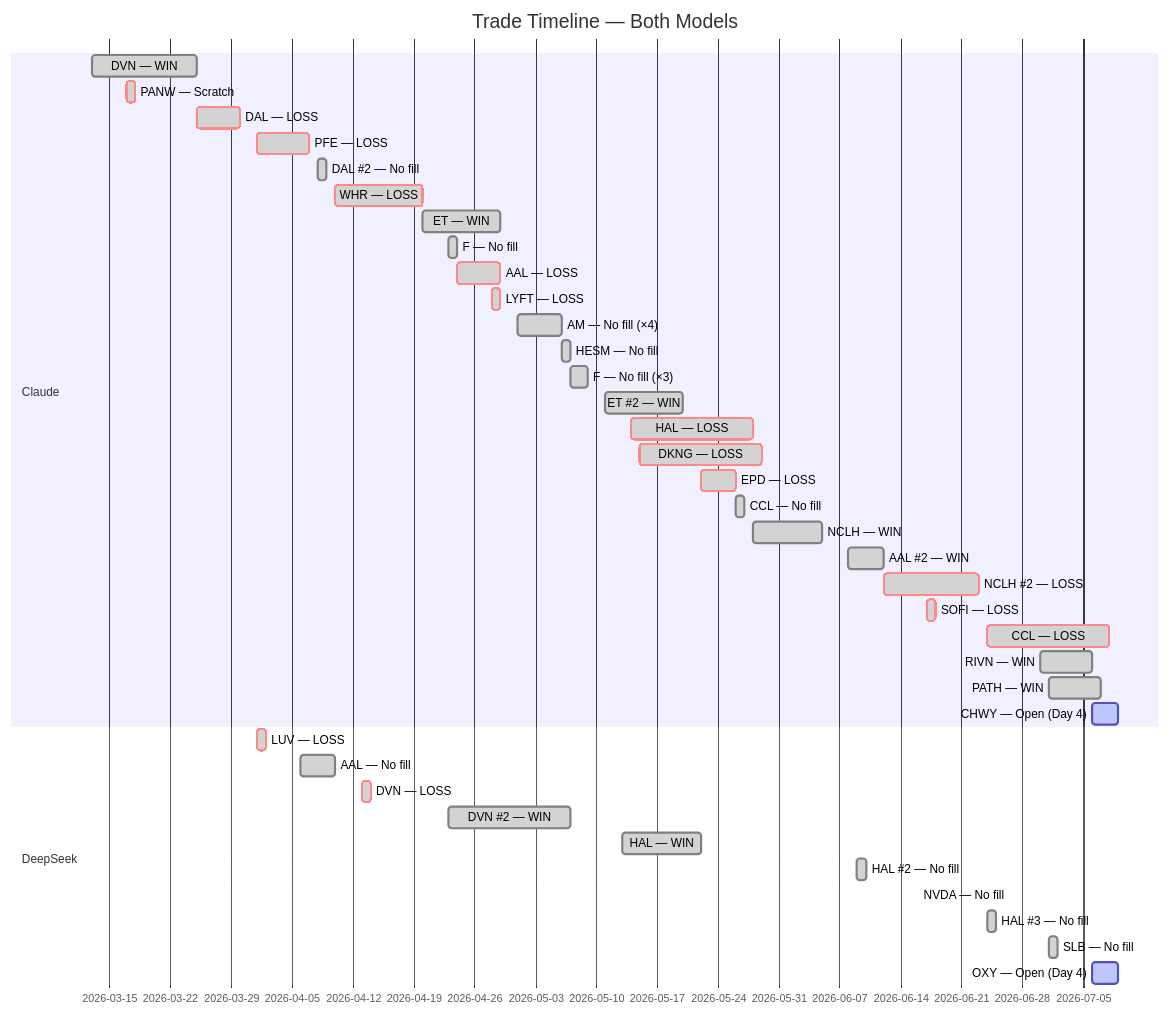
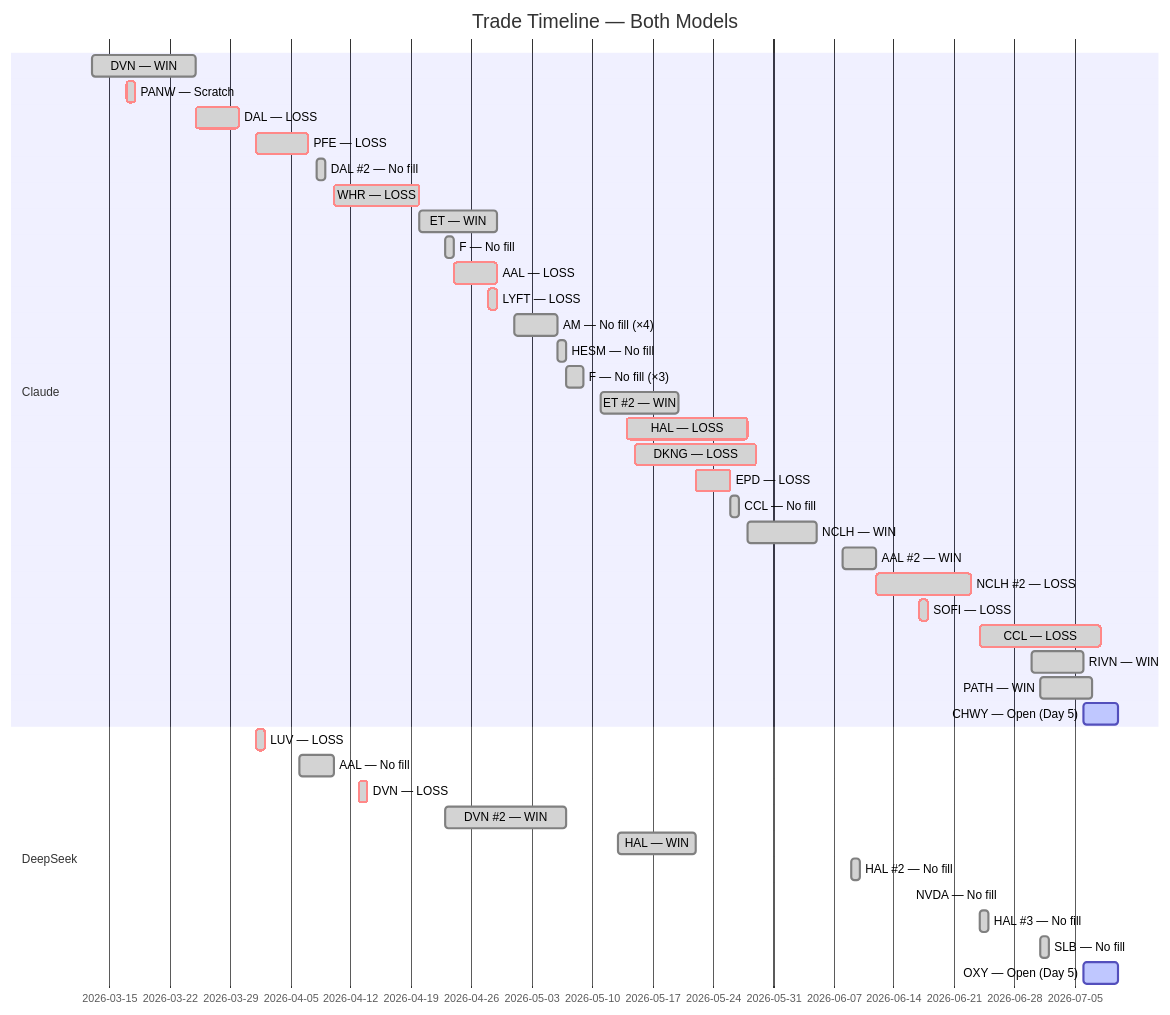
The fifth of 5 diagrams in README.md (zachisit/ai-auto-buy-thesis), drawn with Mermaid before and after one commit. The commit also changed other lines of this file and 2 other files, not shown here.

````diff
--- a/README.md
+++ b/README.md
@@ -63,43 +63,43 @@
 ```mermaid
 gantt
     title Trade Timeline — Both Models
     dateFormat YYYY-MM-DD
     section Claude
     DVN — WIN            :done,    2026-03-13, 2026-03-25
     PANW — Scratch       :crit, done, 2026-03-17, 2026-03-18
     DAL — LOSS           :crit, done, 2026-03-25, 2026-03-30
     PFE — LOSS           :crit, done, 2026-04-01, 2026-04-07
     DAL #2 — No fill     :done,    2026-04-08, 2026-04-09
     WHR — LOSS           :crit, done, 2026-04-10, 2026-04-20
     ET — WIN             :done,    2026-04-20, 2026-04-29
     F — No fill          :done,    2026-04-23, 2026-04-24
     AAL — LOSS           :crit, done, 2026-04-24, 2026-04-29
     LYFT — LOSS          :crit, done, 2026-04-28, 2026-04-29
     AM — No fill (×4)    :done,    2026-05-01, 2026-05-06
     HESM — No fill       :done,    2026-05-06, 2026-05-07
     F — No fill (×3)     :done,    2026-05-07, 2026-05-09
     ET #2 — WIN          :done,    2026-05-11, 2026-05-20
     HAL — LOSS           :crit, done, 2026-05-14, 2026-05-28
     DKNG — LOSS          :crit, done, 2026-05-15, 2026-05-29
     EPD — LOSS           :crit, done, 2026-05-22, 2026-05-26
     CCL — No fill        :done,    2026-05-26, 2026-05-27
     NCLH — WIN           :done,    2026-05-28, 2026-06-05
     AAL #2 — WIN         :done,    2026-06-08, 2026-06-12
     NCLH #2 — LOSS       :crit, done, 2026-06-12, 2026-06-23
     SOFI — LOSS          :crit, done, 2026-06-17, 2026-06-18
     CCL — LOSS           :crit, done, 2026-06-24, 2026-07-08
     RIVN — WIN           :done,    2026-06-30, 2026-07-06
     PATH — WIN           :done,    2026-07-01, 2026-07-07
-    CHWY — Open (Day 4)  :active,  2026-07-06, 2026-07-09
+    CHWY — Open (Day 5)  :active,  2026-07-06, 2026-07-10
     section DeepSeek
     LUV — LOSS           :crit, done, 2026-04-01, 2026-04-02
     AAL — No fill        :done,    2026-04-06, 2026-04-10
     DVN — LOSS           :crit, done, 2026-04-13, 2026-04-14
     DVN #2 — WIN         :done,    2026-04-23, 2026-05-07
     HAL — WIN            :done,    2026-05-13, 2026-05-22
     HAL #2 — No fill    :done,    2026-06-09, 2026-06-10
     NVDA — No fill      :done,    2026-06-16, 2026-06-16
     HAL #3 — No fill    :done,    2026-06-24, 2026-06-25
     SLB — No fill        :done,    2026-07-01, 2026-07-02
-    OXY — Open (Day 4)   :active,  2026-07-06, 2026-07-09
+    OXY — Open (Day 5)   :active,  2026-07-06, 2026-07-10
 ```
````
